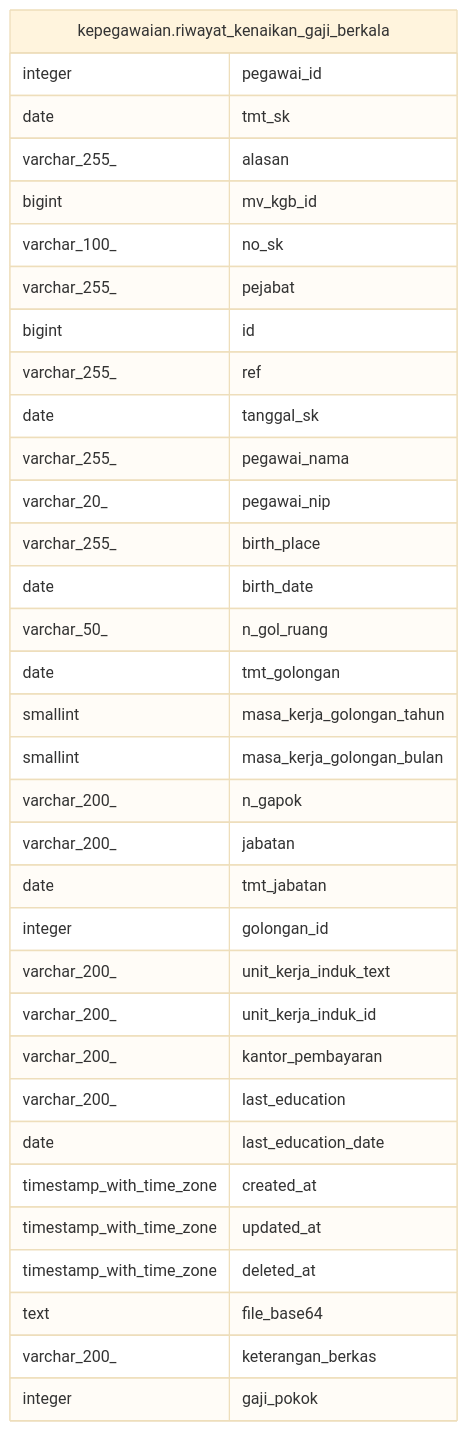
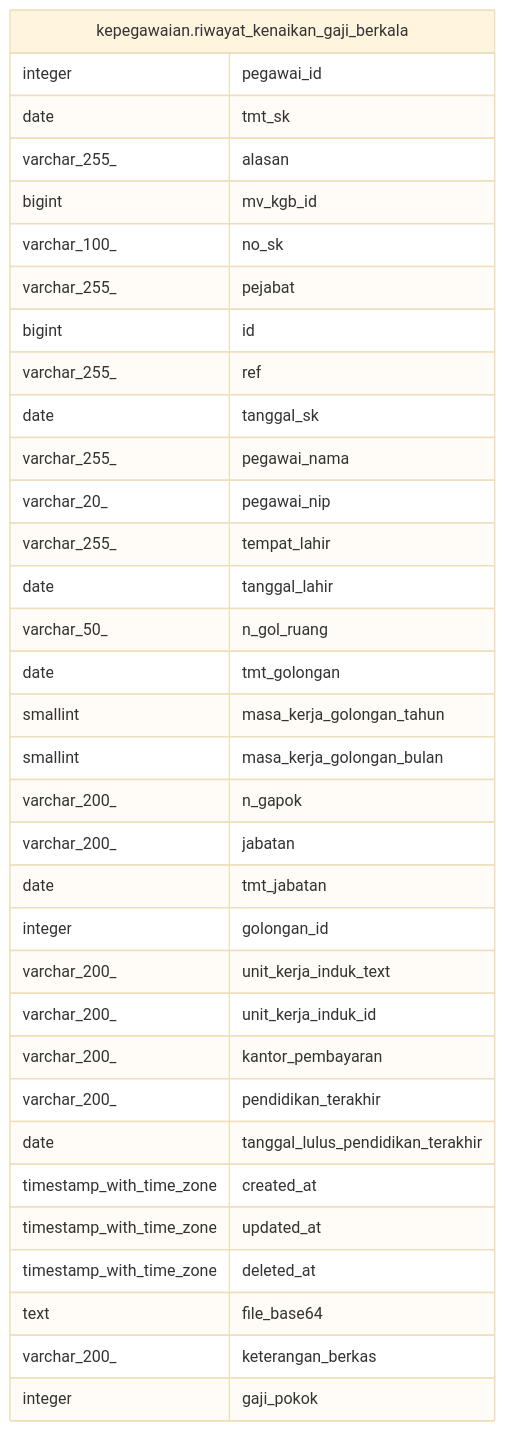
One commit to nandanugg/triforce.nvim changed the diagram in services/kepegawaian/docs/db/kepegawaian.riwayat_kenaikan_gaji_berkala.md. Above: the diagram before and after it, drawn with Mermaid (base theme). The commit also changed other lines of this file and 54 other files, not shown here.

````diff
--- a/services/kepegawaian/docs/db/kepegawaian.riwayat_kenaikan_gaji_berkala.md
+++ b/services/kepegawaian/docs/db/kepegawaian.riwayat_kenaikan_gaji_berkala.md
@@ -58,39 +58,39 @@
 ```mermaid
 erDiagram
 
 
 "kepegawaian.riwayat_kenaikan_gaji_berkala" {
   integer pegawai_id
   date tmt_sk
   varchar_255_ alasan
   bigint mv_kgb_id
   varchar_100_ no_sk
   varchar_255_ pejabat
   bigint id
   varchar_255_ ref
   date tanggal_sk
   varchar_255_ pegawai_nama
   varchar_20_ pegawai_nip
-  varchar_255_ birth_place
-  date birth_date
+  varchar_255_ tempat_lahir
+  date tanggal_lahir
   varchar_50_ n_gol_ruang
   date tmt_golongan
   smallint masa_kerja_golongan_tahun
   smallint masa_kerja_golongan_bulan
   varchar_200_ n_gapok
   varchar_200_ jabatan
   date tmt_jabatan
   integer golongan_id
   varchar_200_ unit_kerja_induk_text
   varchar_200_ unit_kerja_induk_id
   varchar_200_ kantor_pembayaran
-  varchar_200_ last_education
-  date last_education_date
+  varchar_200_ pendidikan_terakhir
+  date tanggal_lulus_pendidikan_terakhir
   timestamp_with_time_zone created_at
   timestamp_with_time_zone updated_at
   timestamp_with_time_zone deleted_at
   text file_base64
   varchar_200_ keterangan_berkas
   integer gaji_pokok
 }
 ```
````
